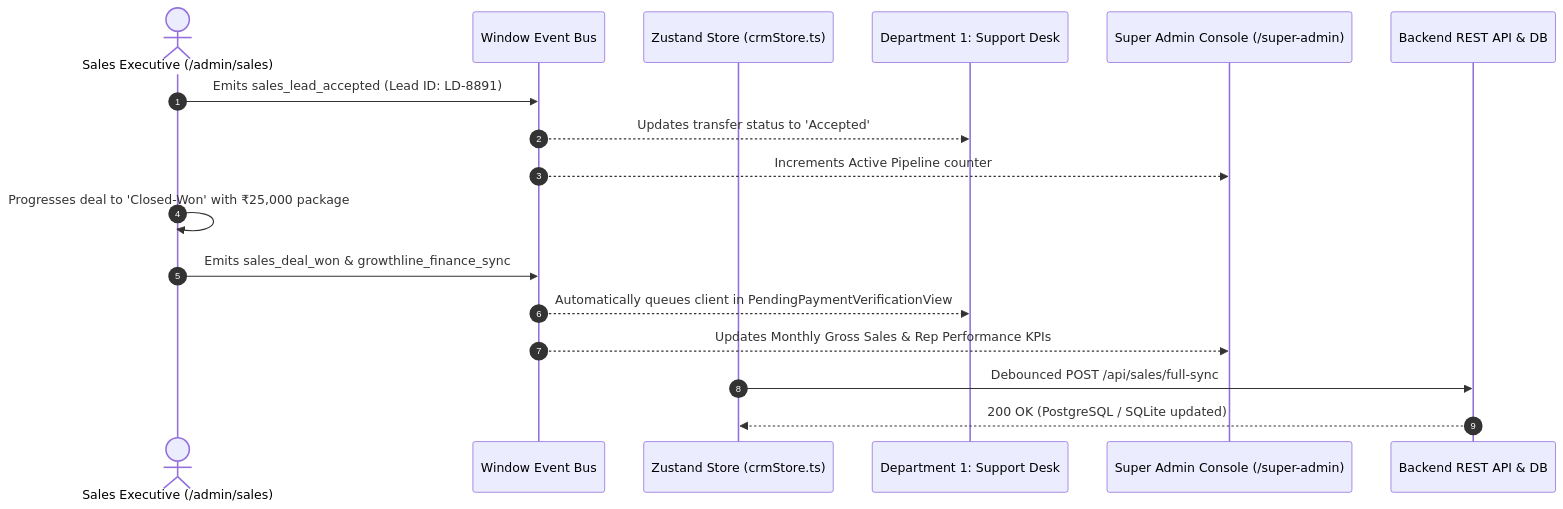
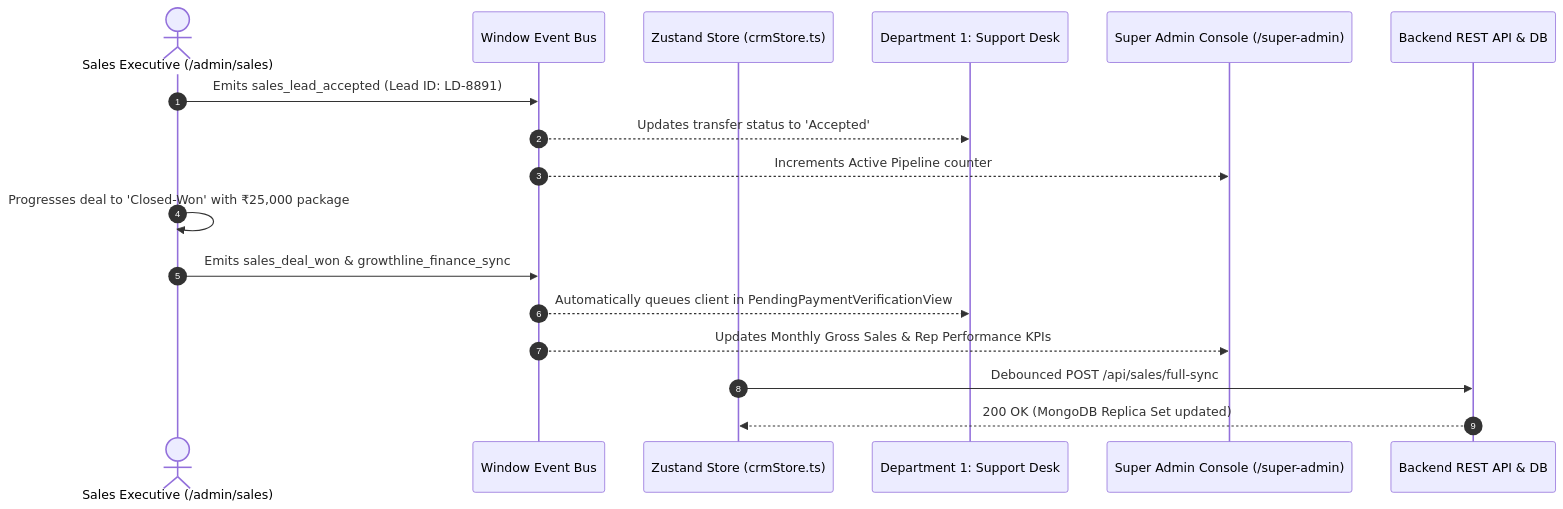
The fourth of 4 diagrams in docs/SALES_EXECUTIVE_DOCUMENTATION.md (essassets-arch/admafia), drawn with Mermaid before and after one commit. The commit also changed other lines of this file and 29 other files, not shown here.

Commit message:
feat: add multi-department CRM architecture with MongoDB backend and React portals

````diff
--- a/docs/SALES_EXECUTIVE_DOCUMENTATION.md
+++ b/docs/SALES_EXECUTIVE_DOCUMENTATION.md
@@ -246,20 +246,20 @@
 ```mermaid
 sequenceDiagram
     autonumber
     actor Sales as Sales Executive (/admin/sales)
     participant Bus as Window Event Bus
     participant Store as Zustand Store (crmStore.ts)
     participant Support as Department 1: Support Desk
     participant SA as Super Admin Console (/super-admin)
     participant DB as Backend REST API & DB
 
     Sales->>Bus: Emits sales_lead_accepted (Lead ID: LD-8891)
     Bus-->>Support: Updates transfer status to 'Accepted'
     Bus-->>SA: Increments Active Pipeline counter
     Sales->>Sales: Progresses deal to 'Closed-Won' with ₹25,000 package
     Sales->>Bus: Emits sales_deal_won & growthline_finance_sync
     Bus-->>Support: Automatically queues client in PendingPaymentVerificationView
     Bus-->>SA: Updates Monthly Gross Sales & Rep Performance KPIs
     Store->>DB: Debounced POST /api/sales/full-sync
-    DB-->>Store: 200 OK (PostgreSQL / SQLite updated)
+    DB-->>Store: 200 OK (MongoDB Replica Set updated)
 ```
````
